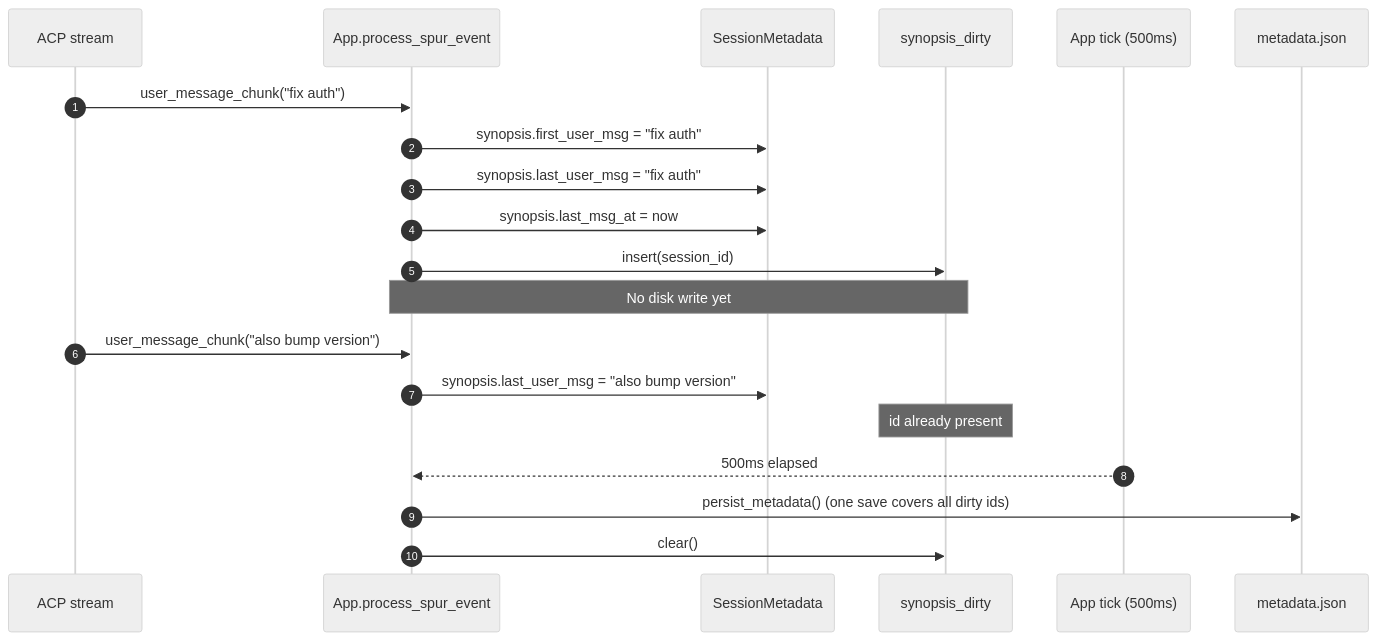
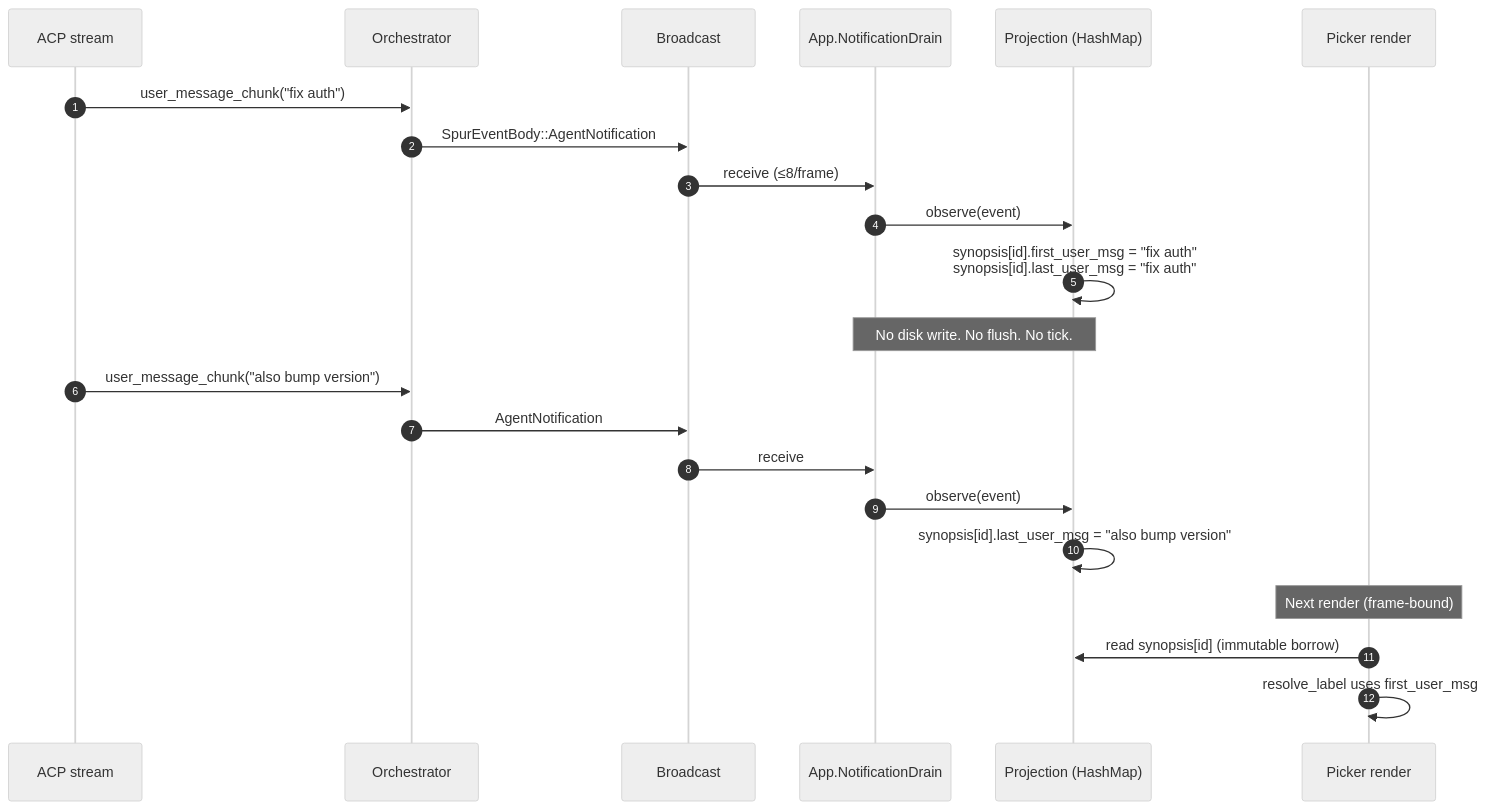
One commit to getspur/spur changed the third of 3 diagrams in docs/superpowers/specs/2026-04-28-session-picker-recall-revamp-design.md. Above: the diagram before and after it, drawn with Mermaid (neutral theme). The commit also changed other lines of this file, not shown here.

First line of the commit message:
docs(spec): pivot picker recall to projection pattern

````diff
--- a/docs/superpowers/specs/2026-04-28-session-picker-recall-revamp-design.md
+++ b/docs/superpowers/specs/2026-04-28-session-picker-recall-revamp-design.md
@@ -152,25 +164,28 @@
 ```mermaid
 sequenceDiagram
     autonumber
     participant ACP as ACP stream
-    participant App as App.process_spur_event
-    participant Mem as SessionMetadata
-    participant Dirty as synopsis_dirty
-    participant Tick as App tick (500ms)
-    participant Disk as metadata.json
+    participant Orch as Orchestrator
+    participant BC as Broadcast
+    participant App as App.NotificationDrain
+    participant Proj as Projection (HashMap)
+    participant Pick as Picker render
 
-    ACP->>App: user_message_chunk("fix auth")
-    App->>Mem: synopsis.first_user_msg = "fix auth"
-    App->>Mem: synopsis.last_user_msg = "fix auth"
-    App->>Mem: synopsis.last_msg_at = now
-    App->>Dirty: insert(session_id)
-    Note over App,Dirty: No disk write yet
+    ACP->>Orch: user_message_chunk("fix auth")
+    Orch->>BC: SpurEventBody::AgentNotification
+    BC->>App: receive (≤8/frame)
+    App->>Proj: observe(event)
+    Proj->>Proj: synopsis[id].first_user_msg = "fix auth"<br/>synopsis[id].last_user_msg = "fix auth"
 
-    ACP->>App: user_message_chunk("also bump version")
-    App->>Mem: synopsis.last_user_msg = "also bump version"
-    Note over Dirty: id already present
+    Note over App,Proj: No disk write. No flush. No tick.
 
-    Tick-->>App: 500ms elapsed
-    App->>Disk: persist_metadata() (one save covers all dirty ids)
-    App->>Dirty: clear()
+    ACP->>Orch: user_message_chunk("also bump version")
+    Orch->>BC: AgentNotification
+    BC->>App: receive
+    App->>Proj: observe(event)
+    Proj->>Proj: synopsis[id].last_user_msg = "also bump version"
+
+    Note over Pick: Next render (frame-bound)
+    Pick->>Proj: read synopsis[id] (immutable borrow)
+    Pick->>Pick: resolve_label uses first_user_msg
 ```
````
